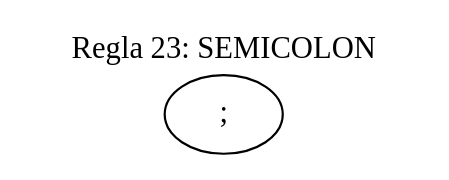
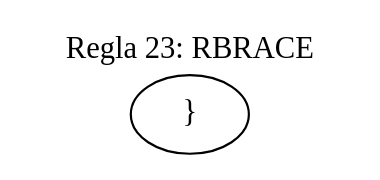
The diagram in output/ast_regla_23.dot (Isabella1911/Compis), drawn with Graphviz before and after one commit. The commit also changed 28 other files, not shown here.

```diff
--- a/output/ast_regla_23.dot
+++ b/output/ast_regla_23.dot
@@ -1,8 +1,8 @@
 digraph AST {
   rankdir=TB;
   ranksep=0.8;
   labelloc=t;
-  label="Regla 23: SEMICOLON";
+  label="Regla 23: RBRACE";
   fontsize=14;
-  0 [label=";"];
+  0 [label="}"];
 }
```
